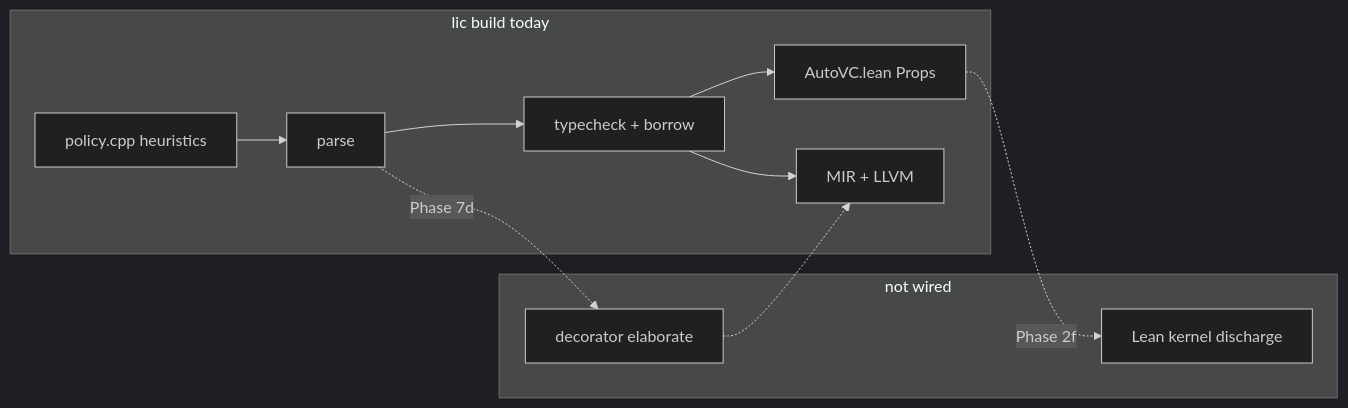
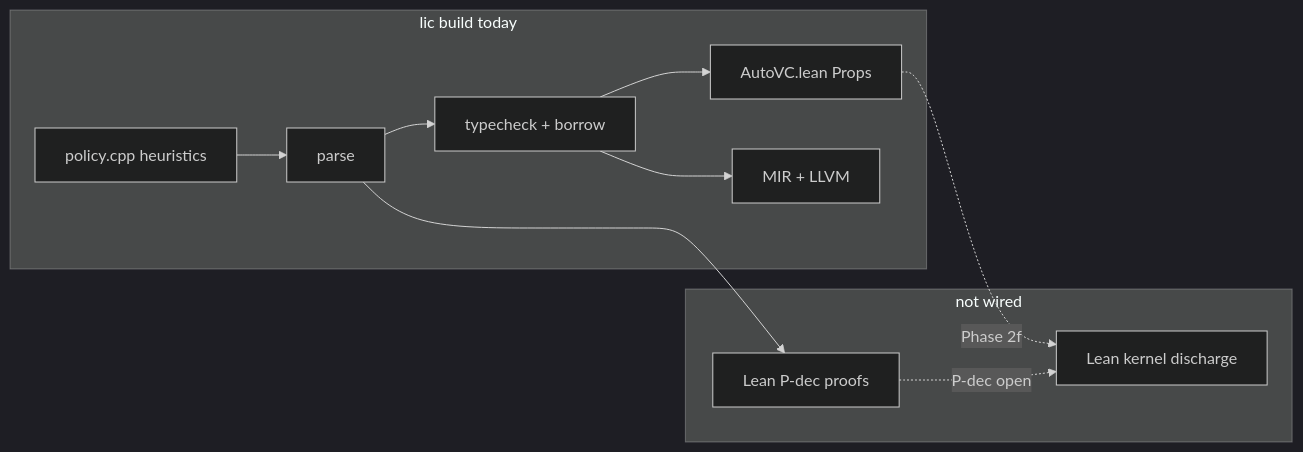
The diagram in docs/verification/provability-gaps.md (li-langverse/lic), drawn with Mermaid (dark theme) before and after one commit. The commit also changed other lines of this file and 13 other files, not shown here.

First line of the commit message:
feat(7d): add @cpu MIR proc tag and G-dec exit gates (lic#22)

````diff
--- a/docs/verification/provability-gaps.md
+++ b/docs/verification/provability-gaps.md
@@ -142,19 +142,19 @@
 ```mermaid
 flowchart LR
   subgraph today [lic build today]
     pol[policy.cpp heuristics]
     par[parse]
     tc[typecheck + borrow]
     vc[AutoVC.lean Props]
     mir[MIR + LLVM]
     pol --> par --> tc --> vc
     tc --> mir
   end
   subgraph missing [not wired]
     lean[Lean kernel discharge]
-    dec[decorator elaborate]
+    dec[Lean P-dec proofs]
   end
   vc -.->|Phase 2f| lean
-  par -.->|Phase 7d| dec
-  dec -.-> mir
+  par --> dec
+  dec -.->|P-dec open| lean
 ```
````
